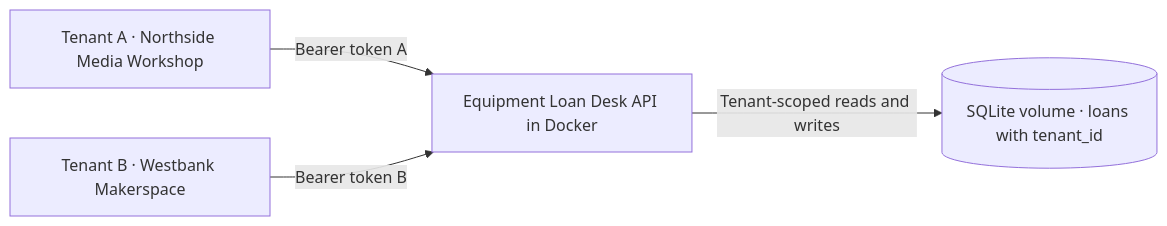
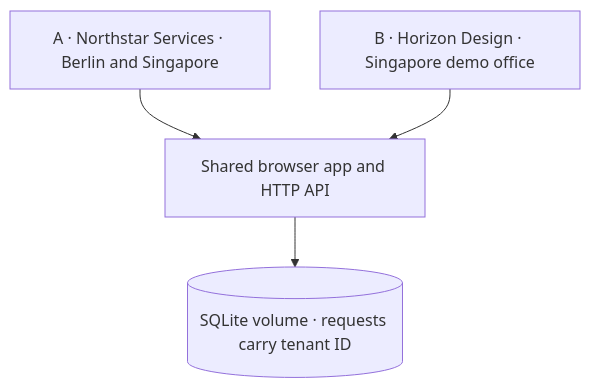
Before and after one commit to ctsila/equipment-loan-desk: the diagram in docs/DESIGN.md, drawn with Mermaid. The commit also changed other lines of this file and 35 other files, not shown here.

Commit message:
Build and test IT Equipment Desk for Labs 5 and 6

````diff
--- a/docs/DESIGN.md
+++ b/docs/DESIGN.md
@@ -18,6 +16,6 @@
 ```mermaid
-flowchart LR
-    A["Tenant A · Northside Media Workshop"] -->|Bearer token A| API["Equipment Loan Desk API in Docker"]
-    B["Tenant B · Westbank Makerspace"] -->|Bearer token B| API
-    API -->|Tenant-scoped reads and writes| DB[("SQLite volume · loans with tenant_id")]
+flowchart TB
+  A["A · Northstar Services · Berlin and Singapore"] --> API["Shared browser app and HTTP API"]
+  B["B · Horizon Design · Singapore demo office"] --> API
+  API --> DB[("SQLite volume · requests carry tenant ID")]
 ```
````
